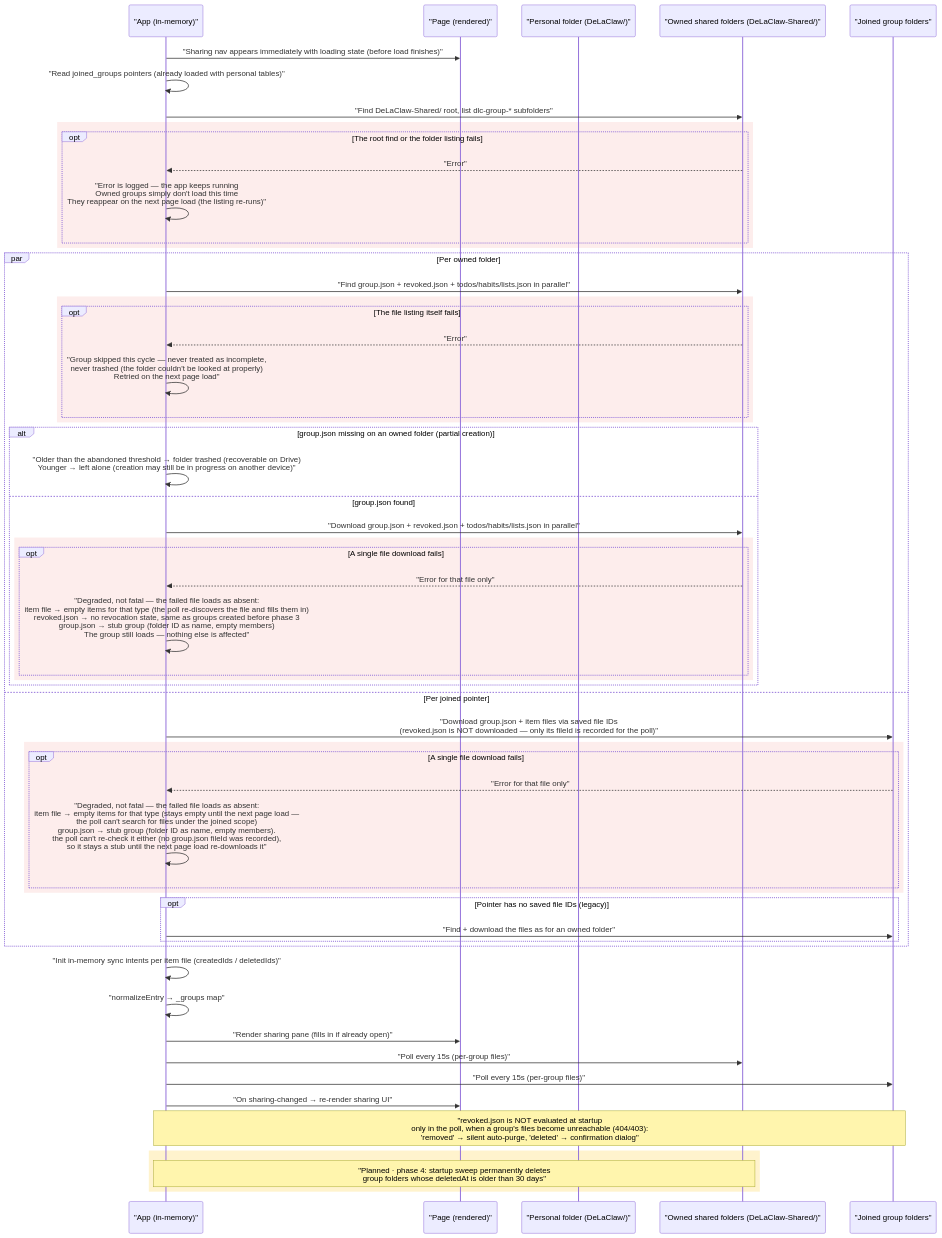
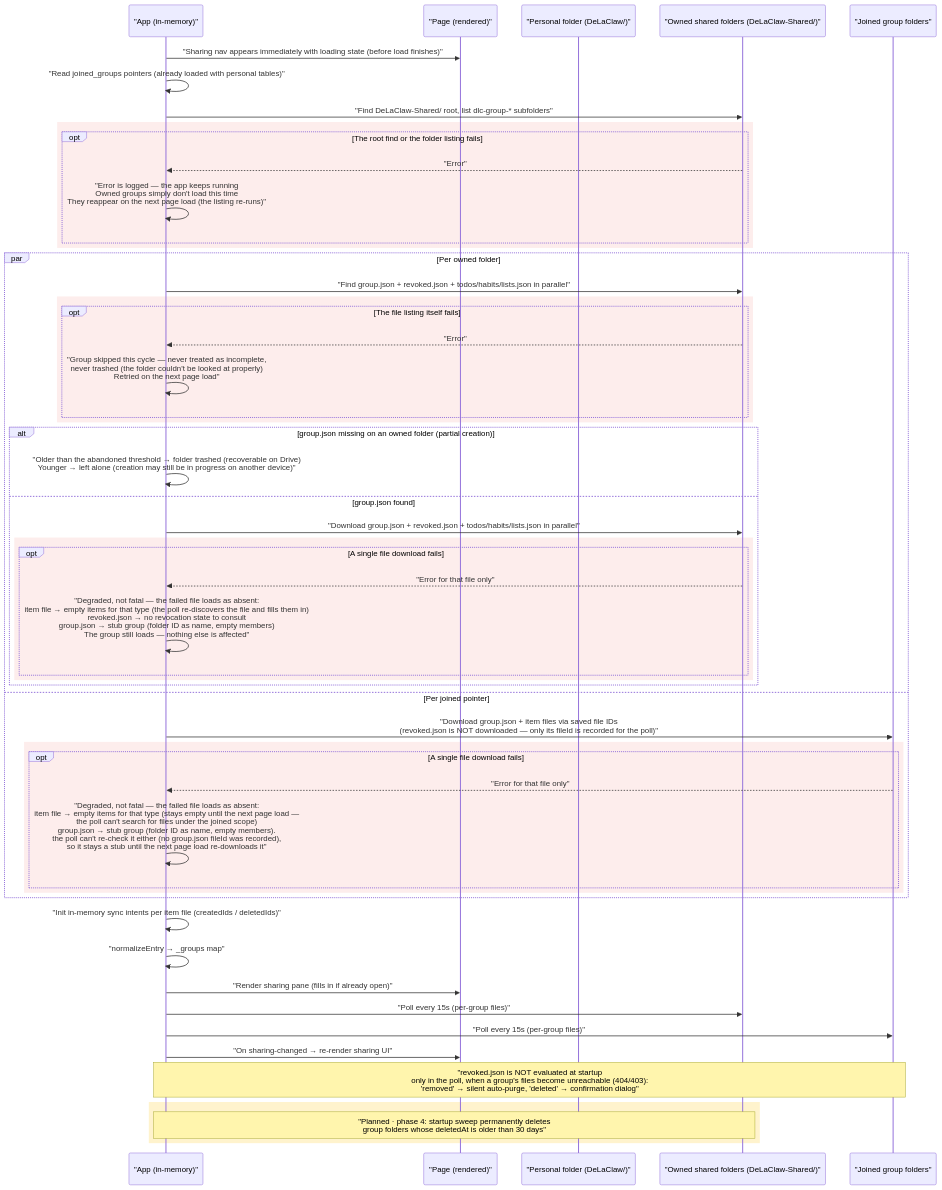
One commit to AntGro/DeLaClaw changed the fourth of 8 diagrams in docs-site/sync-architecture.md. Above: the diagram before and after it, drawn with Mermaid. The commit also changed 5 other files, not shown here.

First line of the commit message:
docs(sync-architecture): drop backward-compat notes from sharing startup

````diff
--- a/docs-site/sync-architecture.md
+++ b/docs-site/sync-architecture.md
@@ -230,64 +230,61 @@
 ```mermaid
 sequenceDiagram
     participant App as "App (in-memory)"
     participant Page as "Page (rendered)"
     participant PF as "Personal folder (DeLaClaw/)"
     participant OWN as "Owned shared folders (DeLaClaw-Shared/)"
     participant JOIN as "Joined group folders"
 
     App->>Page: "Sharing nav appears immediately with loading state (before load finishes)"
     App->>App: "Read joined_groups pointers (already loaded with personal tables)"
     App->>OWN: "Find DeLaClaw-Shared/ root, list dlc-group-* subfolders"
 
     rect rgb(253, 237, 236)
     opt The root find or the folder listing fails
         OWN-->>App: "Error"
         App->>App: "Error is logged — the app keeps running<br/>Owned groups simply don't load this time<br/>They reappear on the next page load (the listing re-runs)"
     end
     end
 
     par Per owned folder
         App->>OWN: "Find group.json + revoked.json + todos/habits/lists.json in parallel"
         rect rgb(253, 237, 236)
         opt The file listing itself fails
             OWN-->>App: "Error"
             App->>App: "Group skipped this cycle — never treated as incomplete,<br/>never trashed (the folder couldn't be looked at properly)<br/>Retried on the next page load"
         end
         end
         alt group.json missing on an owned folder (partial creation)
             App->>App: "Older than the abandoned threshold → folder trashed (recoverable on Drive)<br/>Younger → left alone (creation may still be in progress on another device)"
         else group.json found
             App->>OWN: "Download group.json + revoked.json + todos/habits/lists.json in parallel"
             rect rgb(253, 237, 236)
             opt A single file download fails
                 OWN-->>App: "Error for that file only"
-                App->>App: "Degraded, not fatal — the failed file loads as absent:<br/>item file → empty items for that type (the poll re-discovers the file and fills them in)<br/>revoked.json → no revocation state, same as groups created before phase 3<br/>group.json → stub group (folder ID as name, empty members)<br/>The group still loads — nothing else is affected"
+                App->>App: "Degraded, not fatal — the failed file loads as absent:<br/>item file → empty items for that type (the poll re-discovers the file and fills them in)<br/>revoked.json → no revocation state to consult<br/>group.json → stub group (folder ID as name, empty members)<br/>The group still loads — nothing else is affected"
             end
             end
         end
     and Per joined pointer
         App->>JOIN: "Download group.json + item files via saved file IDs<br/>(revoked.json is NOT downloaded — only its fileId is recorded for the poll)"
         rect rgb(253, 237, 236)
         opt A single file download fails
             JOIN-->>App: "Error for that file only"
             App->>App: "Degraded, not fatal — the failed file loads as absent:<br/>item file → empty items for that type (stays empty until the next page load —<br/>the poll can't search for files under the joined scope)<br/>group.json → stub group (folder ID as name, empty members).<br/>the poll can't re-check it either (no group.json fileId was recorded),<br/>so it stays a stub until the next page load re-downloads it"
         end
-        end
-        opt Pointer has no saved file IDs (legacy)
-            App->>JOIN: "Find + download the files as for an owned folder"
         end
     end
 
     App->>App: "Init in-memory sync intents per item file (createdIds / deletedIds)"
     App->>App: "normalizeEntry → _groups map"
     App->>Page: "Render sharing pane (fills in if already open)"
     App->>OWN: "Poll every 15s (per-group files)"
     App->>JOIN: "Poll every 15s (per-group files)"
     App->>Page: "On sharing-changed → re-render sharing UI"
 
     Note over App,JOIN: "revoked.json is NOT evaluated at startup<br/>only in the poll, when a group's files become unreachable (404/403):<br/>'removed' → silent auto-purge, 'deleted' → confirmation dialog"
 
     rect rgb(255, 243, 205)
     Note over App,OWN: "Planned · phase 4: startup sweep permanently deletes<br/>group folders whose deletedAt is older than 30 days"
     end
 ```
````
